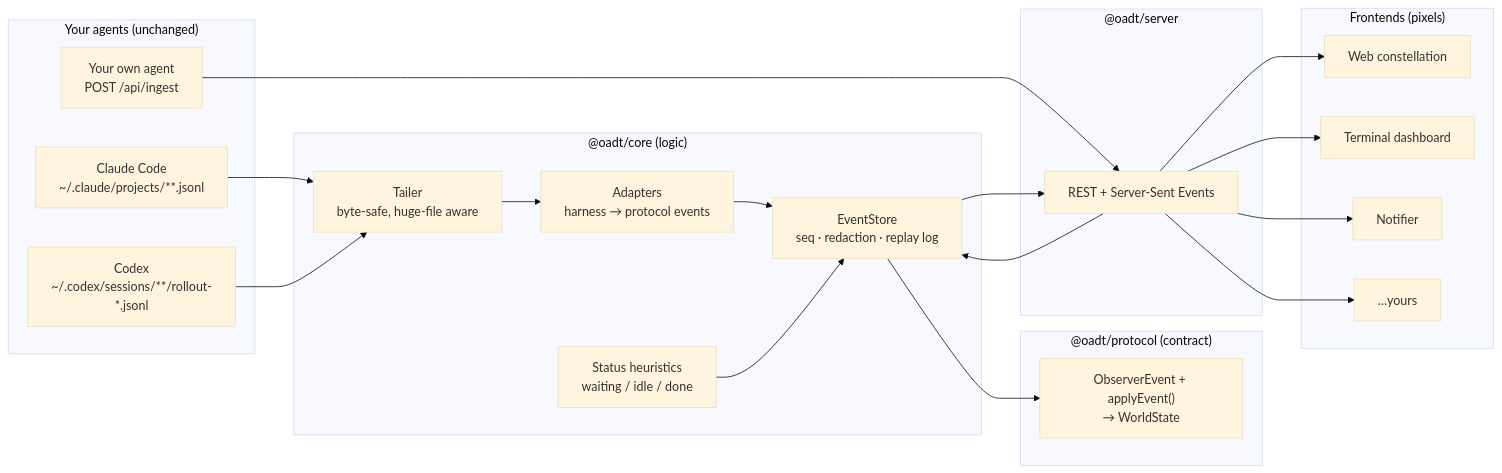
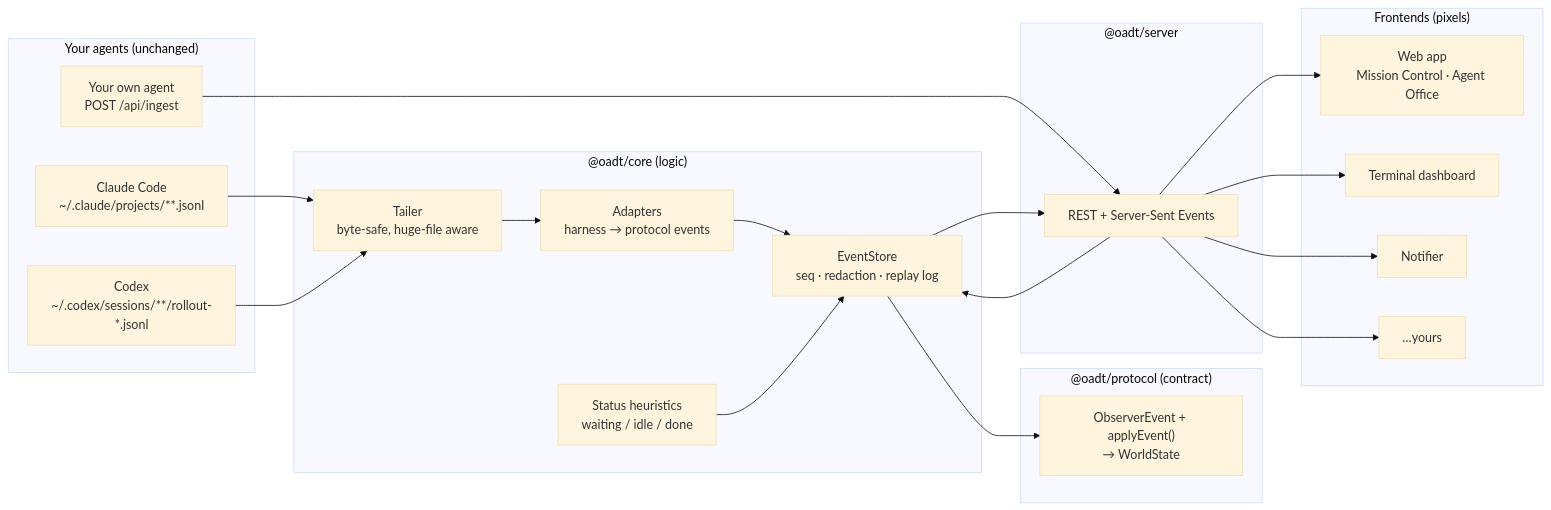
One commit to Dri-water/observe-agents-do-things changed the diagram in README.md. Above: the diagram before and after it, drawn with Mermaid (base theme). The commit also changed other lines of this file and 22 other files, not shown here.

````diff
--- a/README.md
+++ b/README.md
@@ -85,32 +78,32 @@
 ```mermaid
 flowchart LR
   subgraph Harnesses["Your agents (unchanged)"]
     CC["Claude Code<br/>~/.claude/projects/**.jsonl"]
     CX["Codex<br/>~/.codex/sessions/**/rollout-*.jsonl"]
     YOU["Your own agent<br/>POST /api/ingest"]
   end
   subgraph Core["@oadt/core (logic)"]
     T["Tailer<br/>byte-safe, huge-file aware"]
     A["Adapters<br/>harness → protocol events"]
     S["EventStore<br/>seq · redaction · replay log"]
     H["Status heuristics<br/>waiting / idle / done"]
   end
   subgraph Proto["@oadt/protocol (contract)"]
     P["ObserverEvent + applyEvent()<br/>→ WorldState"]
   end
   subgraph Server["@oadt/server"]
     API["REST + Server-Sent Events"]
   end
   subgraph Frontends["Frontends (pixels)"]
-    W["Web constellation"]
+    W["Web app<br/>Mission Control · Agent Office"]
     TD["Terminal dashboard"]
     N["Notifier"]
     X["…yours"]
   end
   CC --> T --> A --> S
   CX --> T
   YOU --> API --> S
   H --> S
   S --> P
   S --> API --> W & TD & N & X
 ```
````
